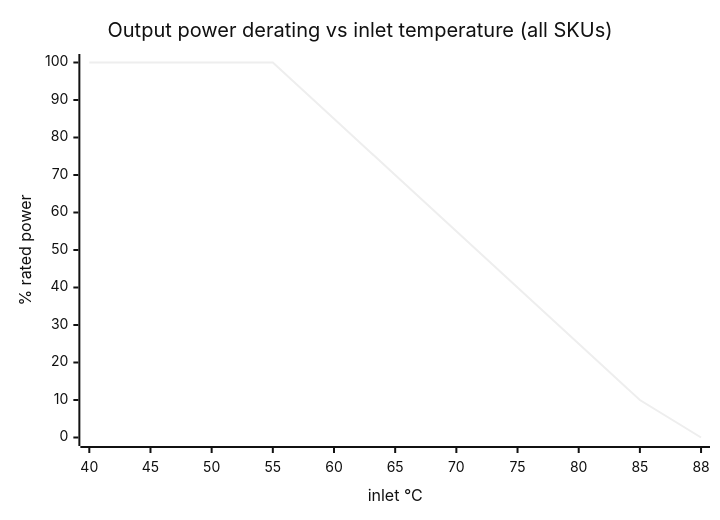
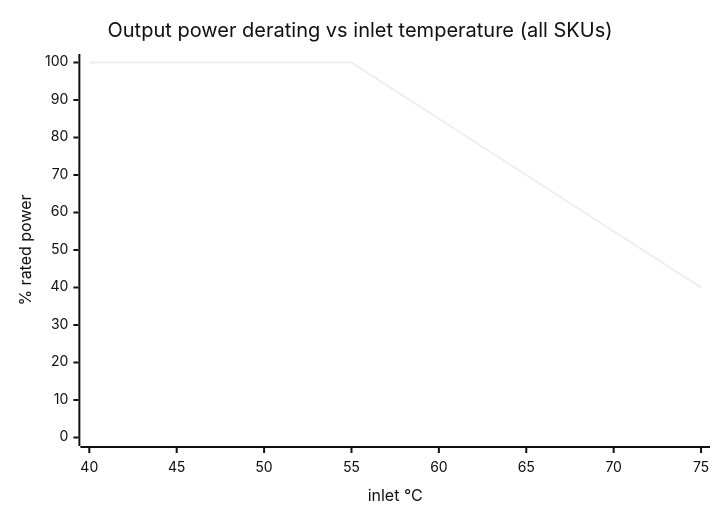
Before and after one commit to vectivolt/DC-Modules: the fifth of 5 diagrams in docs/thermal-report.md, drawn with Mermaid (neutral theme). The commit also changed other lines of this file and 802 other files, not shown here.

````diff
--- a/docs/thermal-report.md
+++ b/docs/thermal-report.md
@@ -448,7 +398,7 @@
 ```mermaid
 xychart-beta
   title "Output power derating vs inlet temperature (all SKUs)"
-  x-axis "inlet °C" [40, 45, 50, 55, 60, 65, 70, 75, 80, 85, 88]
+  x-axis "inlet °C" [40, 45, 50, 55, 60, 65, 70, 75]
   y-axis "% rated power" 0 --> 100
-  line [100, 100, 100, 100, 85, 70, 55, 40, 25, 10, 0]
+  line [100, 100, 100, 100, 85, 70, 55, 40]
 ```
````
